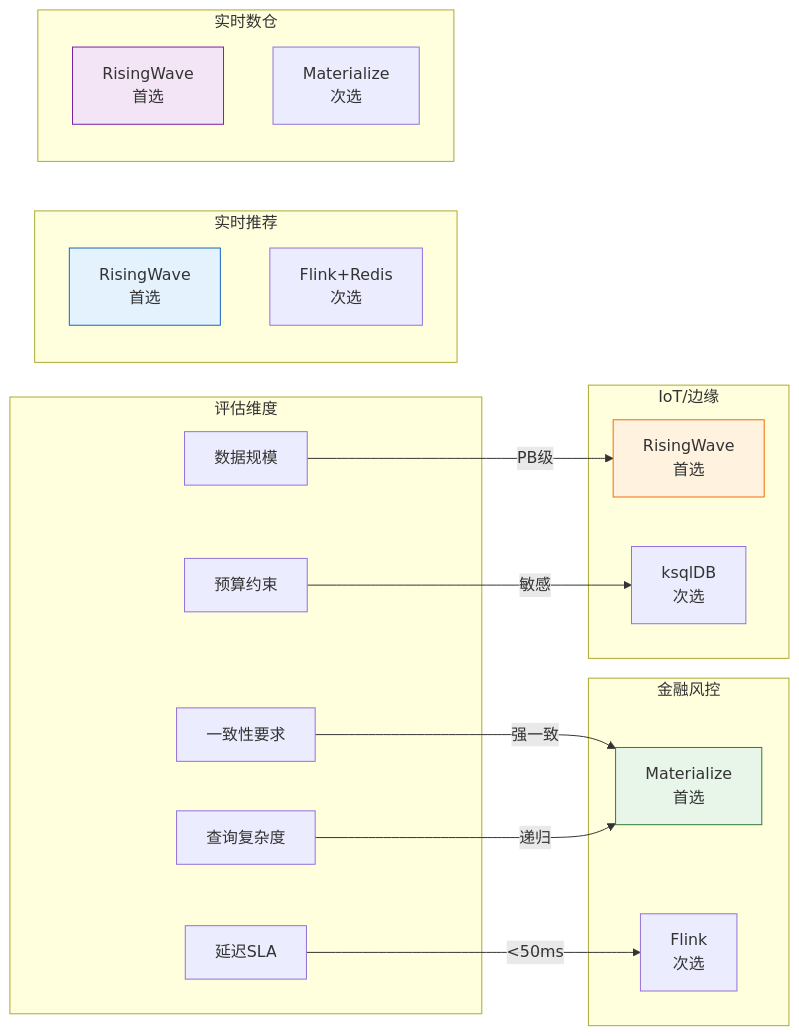
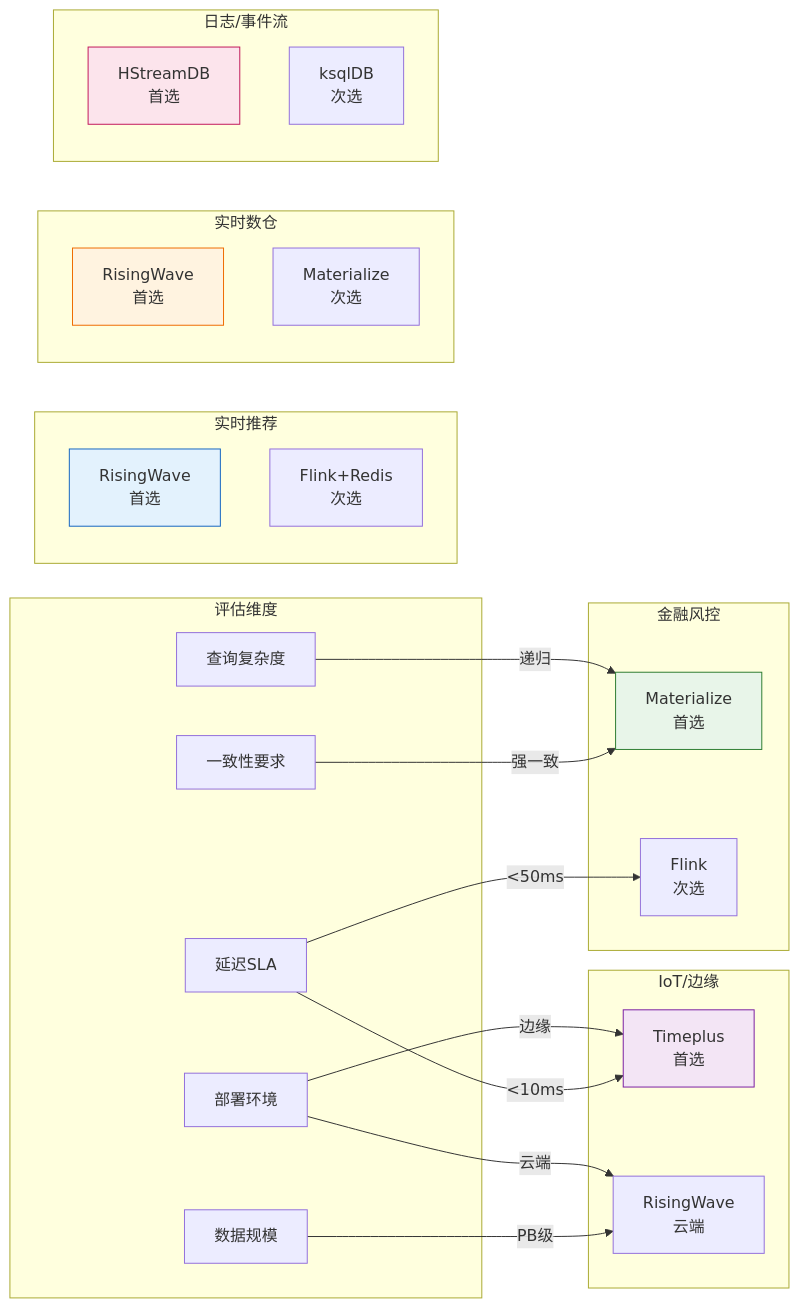
Before and after one commit to AdaMartin18010/AnalysisDataFlow: diagram 13 of 14 in Knowledge/04-technology-selection/streaming-database-guide.md, drawn with Mermaid. The commit also changed other lines of this file and 20 other files, not shown here.

````diff
--- a/Knowledge/04-technology-selection/streaming-database-guide.md
+++ b/Knowledge/04-technology-selection/streaming-database-guide.md
@@ -1233,41 +1883,49 @@
 ```mermaid
 graph LR
     subgraph "评估维度"
         D1[一致性要求]
         D2[数据规模]
         D3[查询复杂度]
         D4[延迟SLA]
-        D5[预算约束]
+        D5[部署环境]
     end
 
     subgraph "金融风控"
         F1[Materialize<br/>首选]
         F2[Flink<br/>次选]
     end
 
     subgraph "IoT/边缘"
-        I1[RisingWave<br/>首选]
-        I2[ksqlDB<br/>次选]
+        I1[Timeplus<br/>首选]
+        I2[RisingWave<br/>云端]
     end
 
     subgraph "实时推荐"
         R1[RisingWave<br/>首选]
         R2[Flink+Redis<br/>次选]
     end
 
     subgraph "实时数仓"
         W1[RisingWave<br/>首选]
         W2[Materialize<br/>次选]
     end
 
+    subgraph "日志/事件流"
+        L1[HStreamDB<br/>首选]
+        L2[ksqlDB<br/>次选]
+    end
+
     D1 -->|强一致| F1
-    D2 -->|PB级| I1
+    D2 -->|PB级| I2
     D3 -->|递归| F1
+    D4 -->|<10ms| I1
     D4 -->|<50ms| F2
-    D5 -->|敏感| I2
+    D5 -->|边缘| I1
+    D5 -->|云端| I2
 
     style F1 fill:#e8f5e9,stroke:#2e7d32
-    style I1 fill:#fff3e0,stroke:#ef6c00
+    style I1 fill:#f3e5f5,stroke:#7b1fa2
     style R1 fill:#e3f2fd,stroke:#1565c0
-    style W1 fill:#f3e5f5,stroke:#7b1fa2
+    style W1 fill:#fff3e0,stroke:#ef6c00
+    style L1 fill:#fce4ec,stroke:#c2185b
 ```
````
